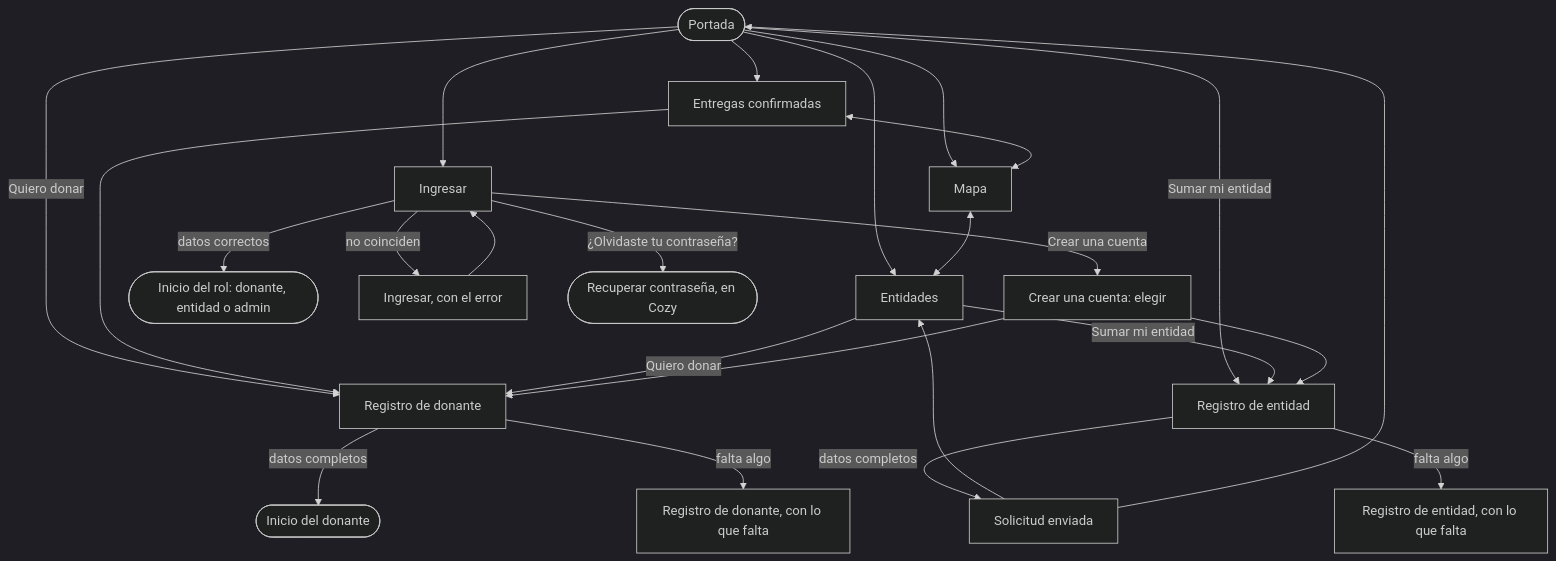
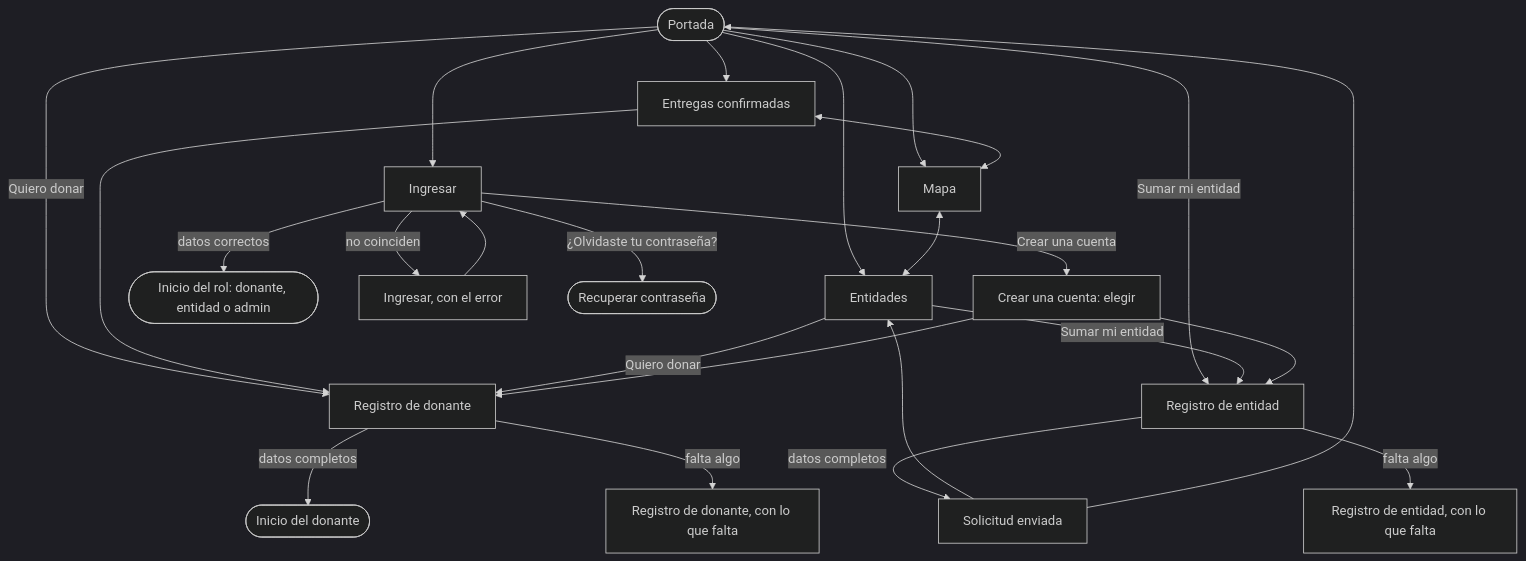
The diagram in docs/interfaz/flujos/raices-publico-navegable.md (tsorren/DonaTrack-TP-DDS), drawn with Mermaid (dark theme) before and after one commit. The commit also changed other lines of this file and 12 other files, not shown here.

````diff
--- a/docs/interfaz/flujos/raices-publico-navegable.md
+++ b/docs/interfaz/flujos/raices-publico-navegable.md
@@ -53,27 +53,27 @@
 ```mermaid
 flowchart TD
   portada([Portada]) --> donaciones[Entregas confirmadas]
   portada --> mapa[Mapa]
   portada --> entidades[Entidades]
   portada -->|Quiero donar| regDonante[Registro de donante]
   portada -->|Sumar mi entidad| regEntidad[Registro de entidad]
   portada --> ingresar[Ingresar]
   donaciones <--> mapa
   mapa <--> entidades
   donaciones --> regDonante
   entidades -->|Quiero donar| regDonante
   entidades -->|Sumar mi entidad| regEntidad
   ingresar -->|Crear una cuenta| registro[Crear una cuenta: elegir]
   registro --> regDonante
   registro --> regEntidad
   ingresar -->|datos correctos| inicioRol([Inicio del rol: donante, entidad o admin])
   ingresar -->|no coinciden| ingresarError[Ingresar, con el error]
   ingresarError --> ingresar
-  ingresar -->|¿Olvidaste tu contraseña?| recuperar([Recuperar contraseña, en Cozy])
+  ingresar -->|¿Olvidaste tu contraseña?| recuperar([Recuperar contraseña])
   regDonante -->|datos completos| inicioDonante([Inicio del donante])
   regDonante -->|falta algo| regDonanteError[Registro de donante, con lo que falta]
   regEntidad -->|datos completos| enviada[Solicitud enviada]
   regEntidad -->|falta algo| regEntidadError[Registro de entidad, con lo que falta]
   enviada --> entidades
   enviada --> portada
 ```
````
